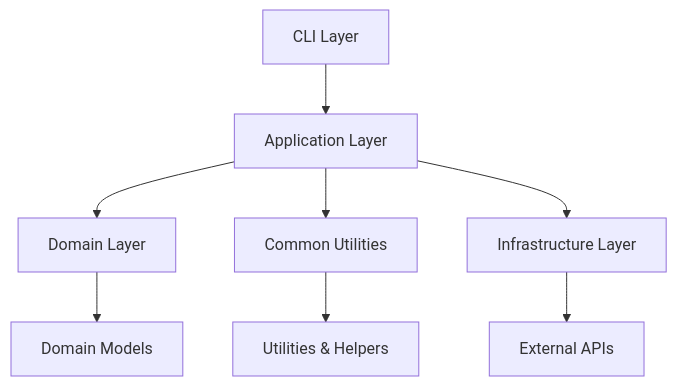
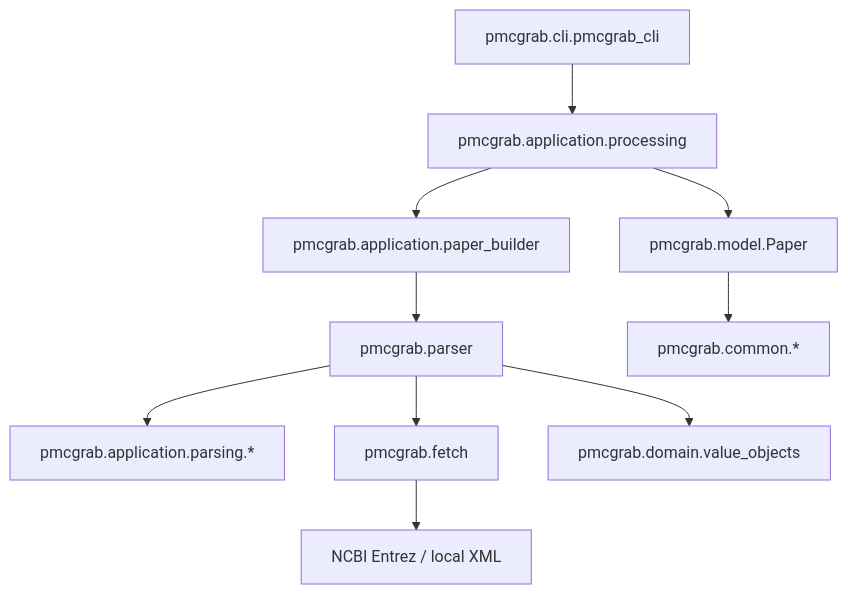
The first of 3 diagrams in docs/development/architecture.md (rajdeepmondaldotcom/pmcgrab), drawn with Mermaid before and after one commit. The commit also changed other lines of this file and 19 other files, not shown here.

````diff
--- a/docs/development/architecture.md
+++ b/docs/development/architecture.md
@@ -7,10 +9,12 @@
 ```mermaid
 graph TB
-    CLI[CLI Layer] --> App[Application Layer]
-    App --> Domain[Domain Layer]
-    App --> Common[Common Utilities]
-    App --> Infra[Infrastructure Layer]
-    Domain --> Models[Domain Models]
-    Common --> Utils[Utilities & Helpers]
-    Infra --> External[External APIs]
+    CLI[pmcgrab.cli.pmcgrab_cli] --> Processing[pmcgrab.application.processing]
+    Processing --> Builder[pmcgrab.application.paper_builder]
+    Processing --> Model[pmcgrab.model.Paper]
+    Builder --> Parser[pmcgrab.parser]
+    Parser --> Parsing[pmcgrab.application.parsing.*]
+    Parser --> Fetch[pmcgrab.fetch]
+    Fetch --> NCBI[NCBI Entrez / local XML]
+    Model --> Common[pmcgrab.common.*]
+    Parser --> Domain[pmcgrab.domain.value_objects]
 ```
````
